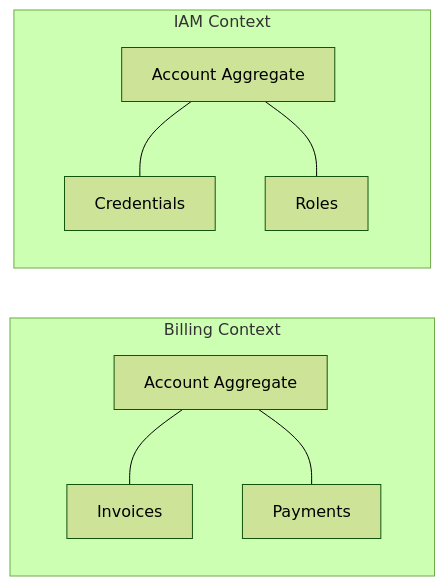
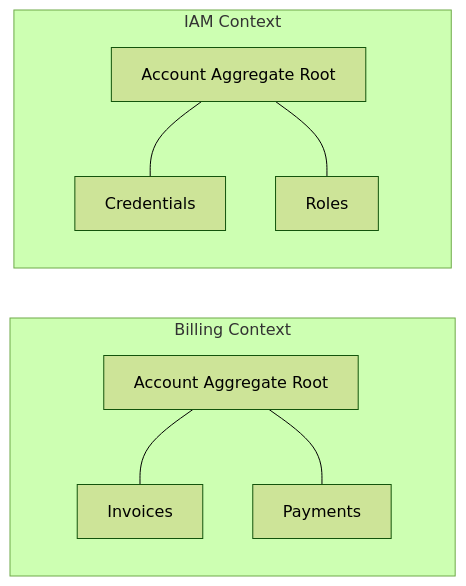
One commit to vaishvanara/techwritingkb changed the diagram in docs/systems-thinking/domain-driven-design.md. Above: the diagram before and after it, drawn with Mermaid (forest theme). The commit also changed other lines of this file and 26 other files, not shown here.

````diff
--- a/docs/systems-thinking/domain-driven-design.md
+++ b/docs/systems-thinking/domain-driven-design.md
@@ -36,11 +34,11 @@
 ```mermaid
 graph LR
     subgraph BillingContext [Billing Context]
-        B_Account[Account Aggregate] --- Invoices
+        B_Account[Account Aggregate Root] --- Invoices
         B_Account --- Payments
     end
     subgraph IAMContext [IAM Context]
-        I_Account[Account Aggregate] --- Credentials
+        I_Account[Account Aggregate Root] --- Credentials
         I_Account --- Roles
     end
 ```
````
